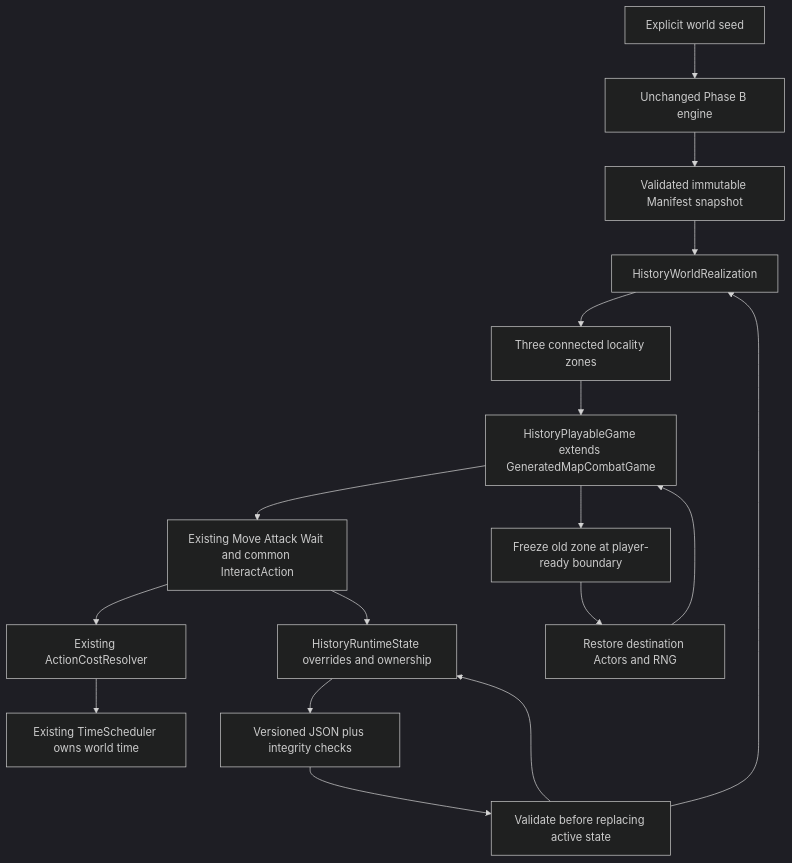
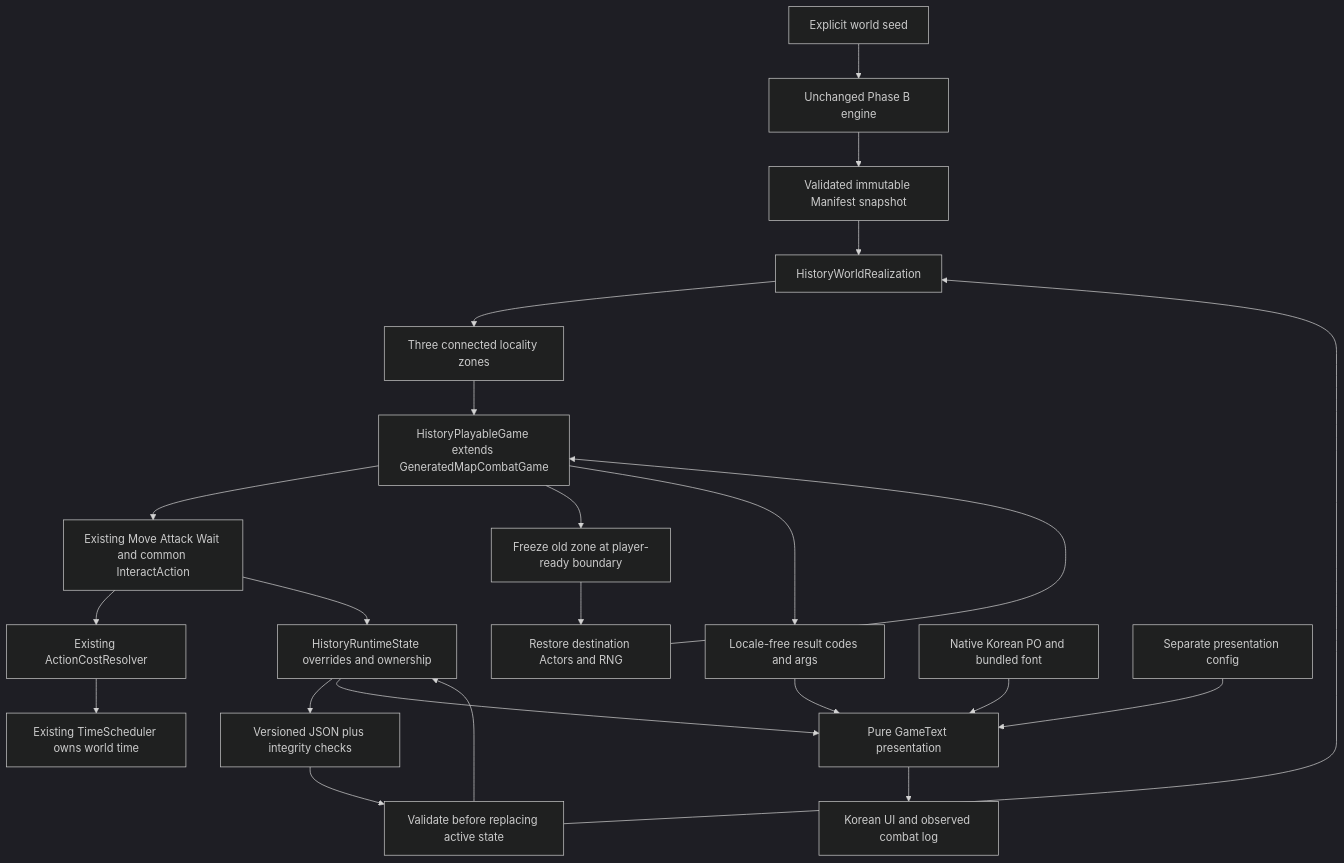
One commit to ramstein2187-wq/new-game-project changed the diagram in docs/specs/history_playable_world.md. Above: the diagram before and after it, drawn with Mermaid (dark theme). The commit also changed other lines of this file and 40 other files, not shown here.

Commit message:
Localize M048 playtest with native Korean presentation

````diff
--- a/docs/specs/history_playable_world.md
+++ b/docs/specs/history_playable_world.md
@@ -7,19 +7,25 @@
 ```mermaid
 flowchart TD
     Seed[Explicit world seed] --> History[Unchanged Phase B engine]
     History --> Manifest[Validated immutable Manifest snapshot]
     Manifest --> Realize[HistoryWorldRealization]
     Realize --> Zones[Three connected locality zones]
     Zones --> Game[HistoryPlayableGame extends GeneratedMapCombatGame]
     Game --> Action[Existing Move Attack Wait and common InteractAction]
     Action --> Cost[Existing ActionCostResolver]
     Cost --> Clock[Existing TimeScheduler owns world time]
     Action --> Runtime[HistoryRuntimeState overrides and ownership]
     Runtime --> Save[Versioned JSON plus integrity checks]
     Save --> Restore[Validate before replacing active state]
     Restore --> Realize
     Restore --> Runtime
     Game --> Freeze[Freeze old zone at player-ready boundary]
     Freeze --> Activate[Restore destination Actors and RNG]
     Activate --> Game
+    Game --> Notice[Locale-free result codes and args]
+    Runtime --> Display[Pure GameText presentation]
+    Notice --> Display
+    PO[Native Korean PO and bundled font] --> Display
+    Preferences[Separate presentation config] --> Display
+    Display --> UI[Korean UI and observed combat log]
 ```
````
